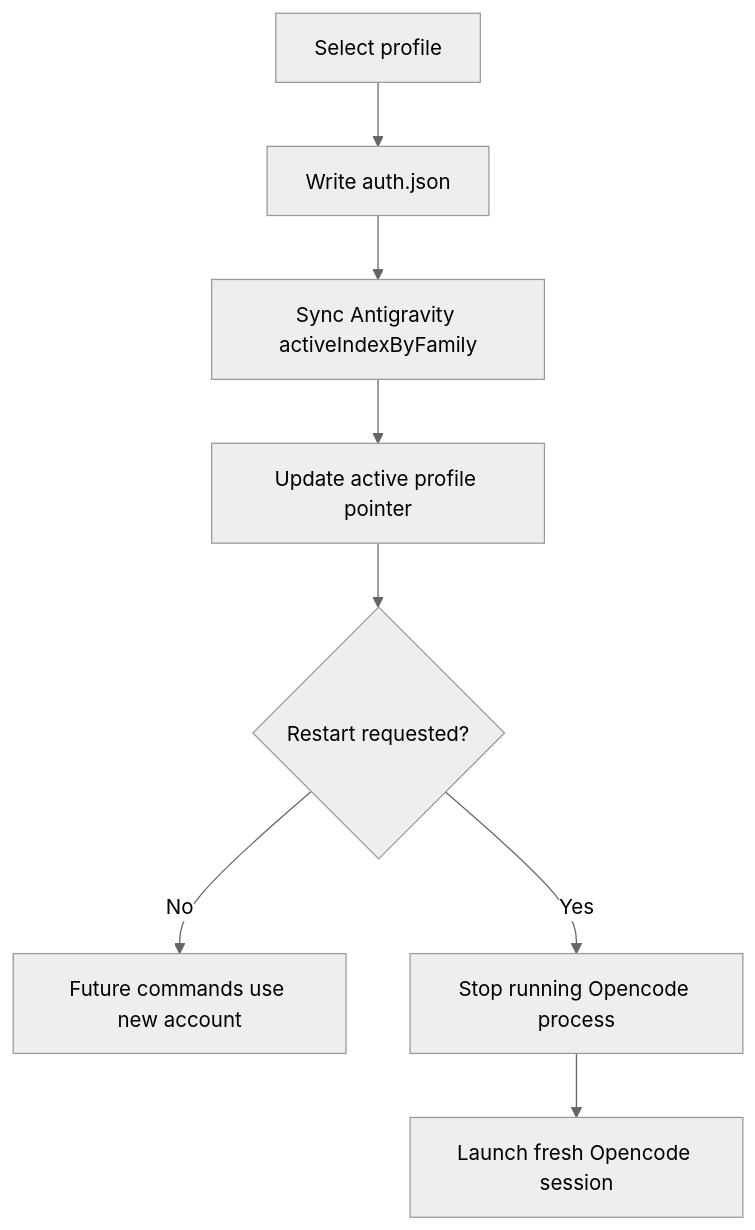
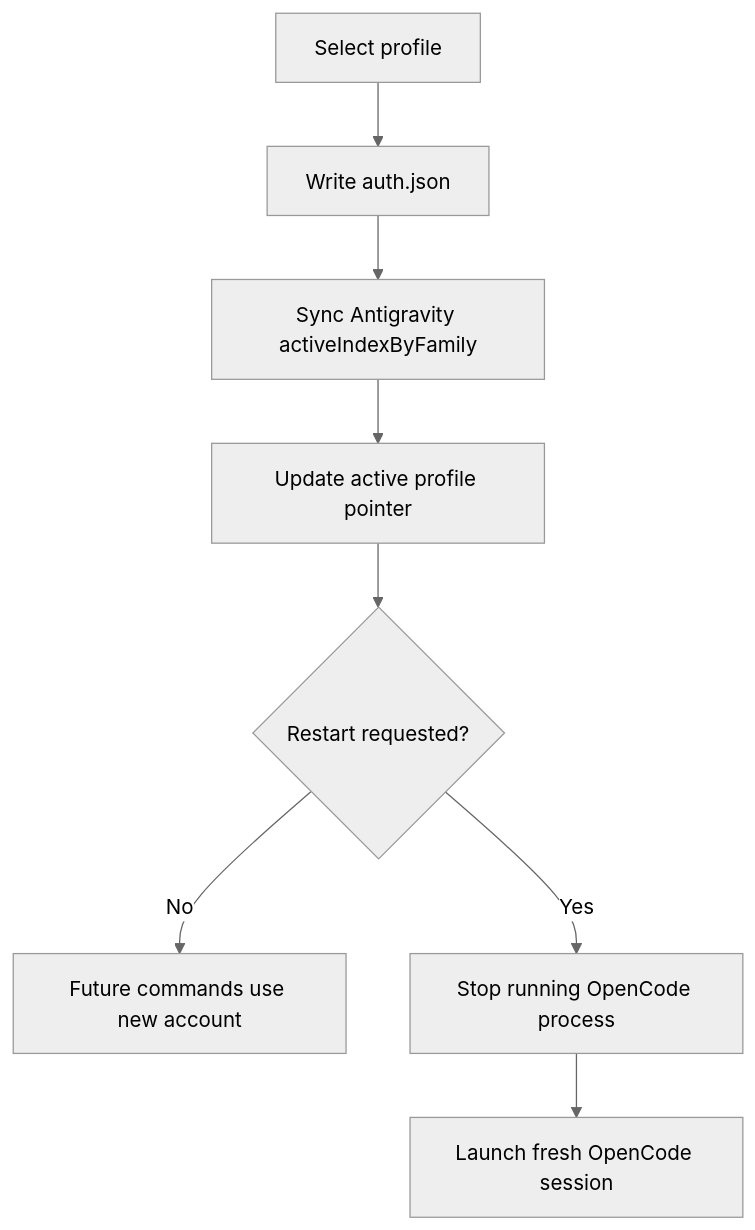
One commit to minanagehsalalma/opencode-auth-ux-hardening changed the first of 2 diagrams in docs/ARCHITECTURE.md. Above: the diagram before and after it, drawn with Mermaid (neutral theme). The commit also changed other lines of this file and 11 other files, not shown here.

````diff
--- a/docs/ARCHITECTURE.md
+++ b/docs/ARCHITECTURE.md
@@ -36,10 +51,10 @@
 ```mermaid
 flowchart TD
   A[Select profile] --> B[Write auth.json]
   B --> C[Sync Antigravity activeIndexByFamily]
   C --> D[Update active profile pointer]
   D --> E{Restart requested?}
   E -- No --> F[Future commands use new account]
-  E -- Yes --> G[Stop running Opencode process]
-  G --> H[Launch fresh Opencode session]
+  E -- Yes --> G[Stop running OpenCode process]
+  G --> H[Launch fresh OpenCode session]
 ```
````
